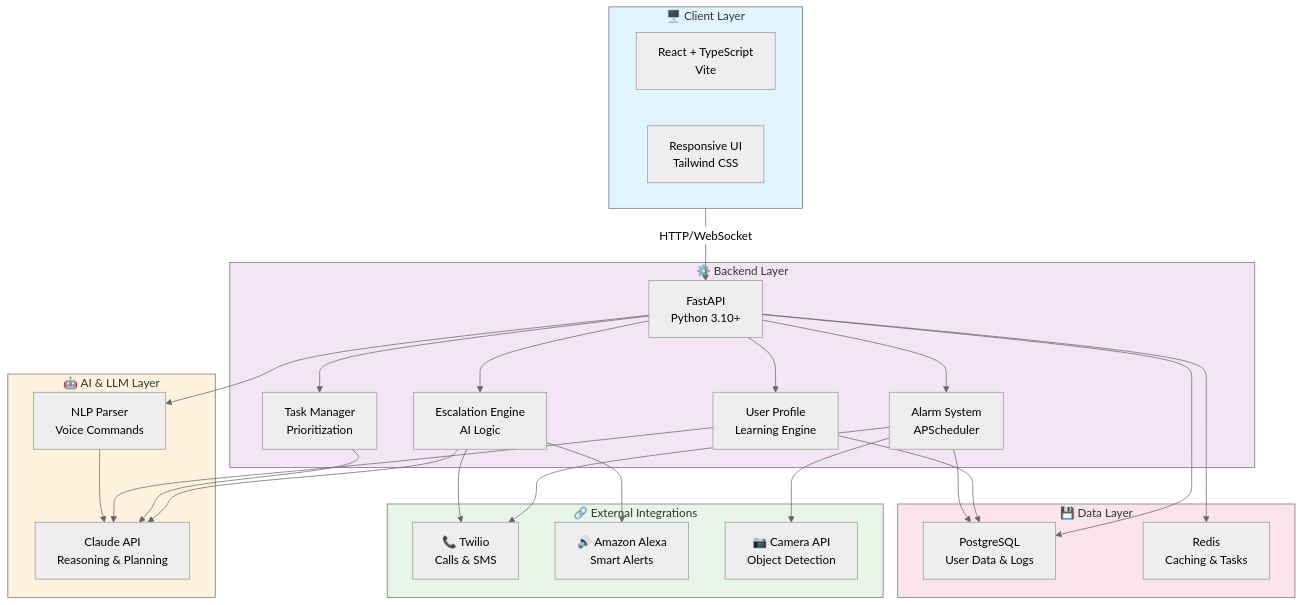
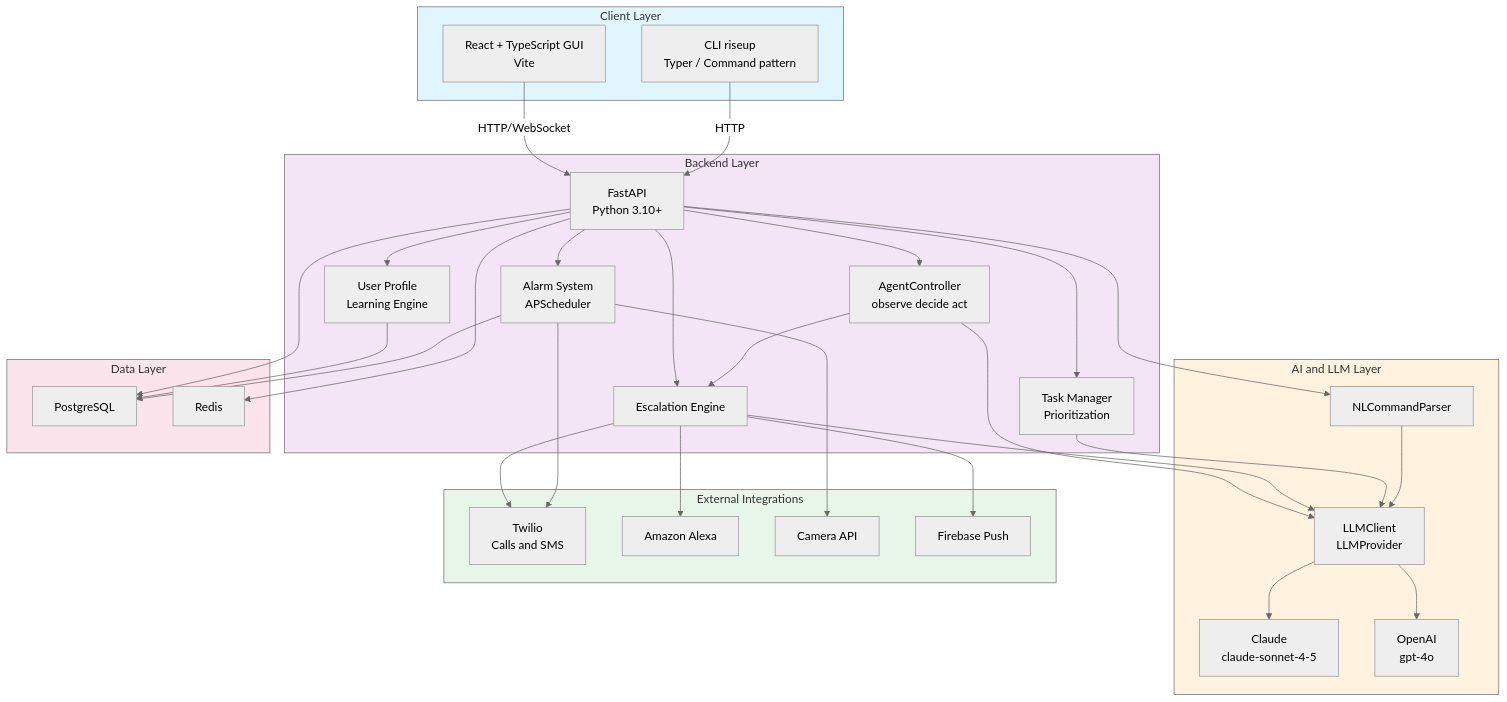
Before and after one commit to Ghosts6/RiseUp: the first of 2 diagrams in README.md, drawn with Mermaid (neutral theme). The commit also changed other lines of this file and 4 other files, not shown here.

Commit message:
polish stage 1 README CLI, behavioral examples, and pattern claims

````diff
--- a/README.md
+++ b/README.md
@@ -65,59 +69,69 @@
 ```mermaid
 graph TB
-    subgraph Client["🖥️ Client Layer"]
-        WEB["React + TypeScript<br/>Vite"]
-        MOBILE["Responsive UI<br/>Tailwind CSS"]
+    subgraph Client["Client Layer"]
+        WEB["React + TypeScript GUI<br/>Vite"]
+        CLI["CLI riseup<br/>Typer / Command pattern"]
     end
 
-    subgraph Backend["⚙️ Backend Layer"]
+    subgraph Backend["Backend Layer"]
         API["FastAPI<br/>Python 3.10+"]
+        AGENT["AgentController<br/>observe decide act"]
         ALARM["Alarm System<br/>APScheduler"]
-        ESCALATION["Escalation Engine<br/>AI Logic"]
+        ESCALATION["Escalation Engine"]
         TASK["Task Manager<br/>Prioritization"]
         USER["User Profile<br/>Learning Engine"]
     end
 
-    subgraph AI["🤖 AI & LLM Layer"]
-        CLAUDE["Claude API<br/>Reasoning & Planning"]
-        PARSER["NLP Parser<br/>Voice Commands"]
+    subgraph AI["AI and LLM Layer"]
+        LLM["LLMClient<br/>LLMProvider"]
+        CLAUDE["Claude<br/>claude-sonnet-4-5"]
+        OPENAI["OpenAI<br/>gpt-4o"]
+        PARSER["NLCommandParser"]
     end
 
-    subgraph External["🔗 External Integrations"]
-        TWILIO["📞 Twilio<br/>Calls & SMS"]
-        ALEXA["🔊 Amazon Alexa<br/>Smart Alerts"]
-        CAMERA["📷 Camera API<br/>Object Detection"]
+    subgraph External["External Integrations"]
+        TWILIO["Twilio<br/>Calls and SMS"]
+        ALEXA["Amazon Alexa"]
+        CAMERA["Camera API"]
+        FIREBASE["Firebase Push"]
     end
 
-    subgraph Data["💾 Data Layer"]
-        DB["PostgreSQL<br/>User Data & Logs"]
-        CACHE["Redis<br/>Caching & Tasks"]
+    subgraph Data["Data Layer"]
+        DB["PostgreSQL"]
+        CACHE["Redis"]
     end
 
-    Client -->|HTTP/WebSocket| API
+    WEB -->|HTTP/WebSocket| API
+    CLI -->|HTTP| API
+    API --> AGENT
     API --> ALARM
     API --> ESCALATION
     API --> TASK
     API --> USER
-    
-    ESCALATION --> CLAUDE
-    TASK --> CLAUDE
-    USER --> CLAUDE
     API --> PARSER
-    PARSER --> CLAUDE
-    
-    ALARM --> TWILIO
+
+    AGENT --> ESCALATION
+    AGENT --> LLM
+    ESCALATION --> LLM
+    TASK --> LLM
+    PARSER --> LLM
+    LLM --> CLAUDE
+    LLM --> OPENAI
+
     ESCALATION --> TWILIO
     ESCALATION --> ALEXA
+    ESCALATION --> FIREBASE
     ALARM --> CAMERA
-    
+    ALARM --> TWILIO
+
     API --> DB
     API --> CACHE
     USER --> DB
     ALARM --> DB
 
     style Client fill:#e1f5ff
     style Backend fill:#f3e5f5
     style AI fill:#fff3e0
     style External fill:#e8f5e9
     style Data fill:#fce4ec
 ```
````
